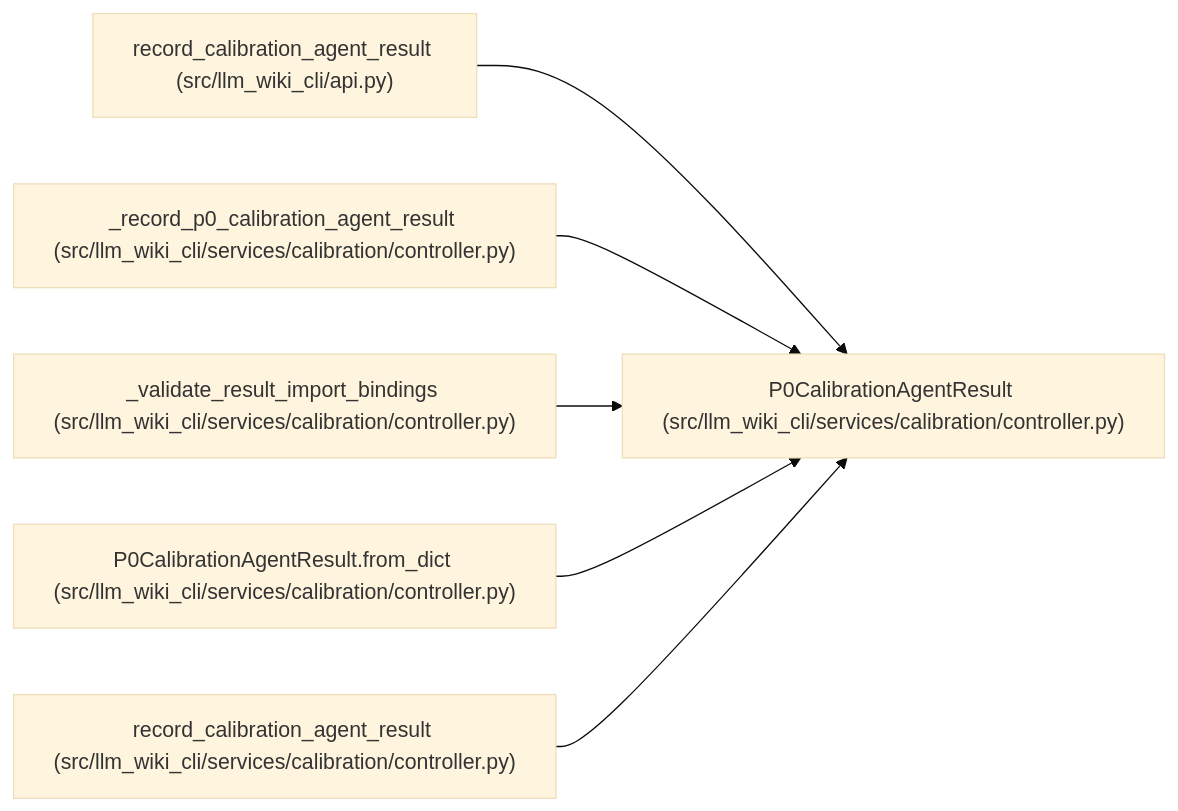
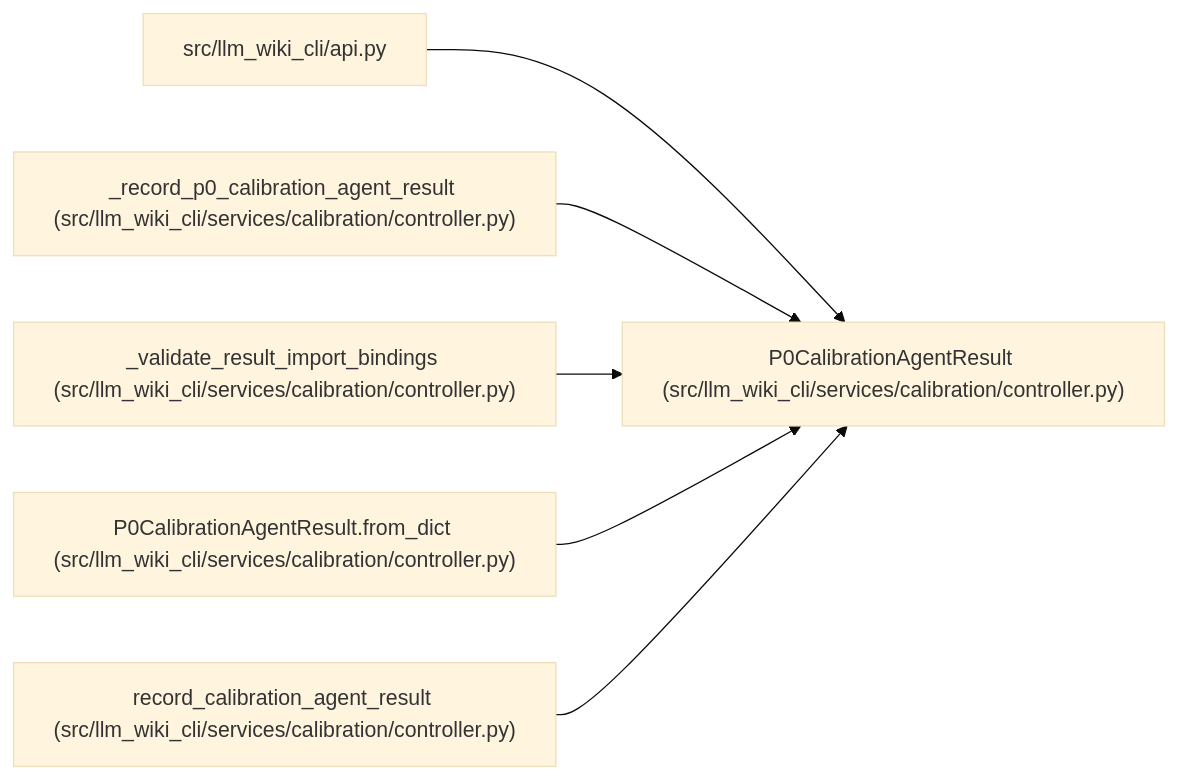
One commit to Denissvgn/python-wiki-llm changed the diagram in docs/llm_wiki/entities/P0CalibrationAgentResult.md. Above: the diagram before and after it, drawn with Mermaid (base theme). The commit also changed other lines of this file and 631 other files, not shown here.

````diff
--- a/docs/llm_wiki/entities/P0CalibrationAgentResult.md
+++ b/docs/llm_wiki/entities/P0CalibrationAgentResult.md
@@ -33,20 +33,20 @@
 ```mermaid
 flowchart LR
     n0["P0CalibrationAgentResult (src/llm_wiki_cli/services/calibration/controller.py)"]
-    n1["record_calibration_agent_result (src/llm_wiki_cli/api.py)"]
+    n1["src/llm_wiki_cli/api.py"]
     n2["_record_p0_calibration_agent_result (src/llm_wiki_cli/services/calibration/controller.py)"]
     n3["_validate_result_import_bindings (src/llm_wiki_cli/services/calibration/controller.py)"]
     n4["P0CalibrationAgentResult.from_dict (src/llm_wiki_cli/services/calibration/controller.py)"]
     n5["record_calibration_agent_result (src/llm_wiki_cli/services/calibration/controller.py)"]
     n1 --> n0
     n2 --> n0
     n3 --> n0
     n4 --> n0
     n5 --> n0
     click n0 "../modules/controller.md"
     click n1 "../modules/api.md"
     click n2 "../modules/controller.md"
     click n3 "../modules/controller.md"
     click n4 "../modules/controller.md"
     click n5 "../modules/controller.md"
 ```
````
